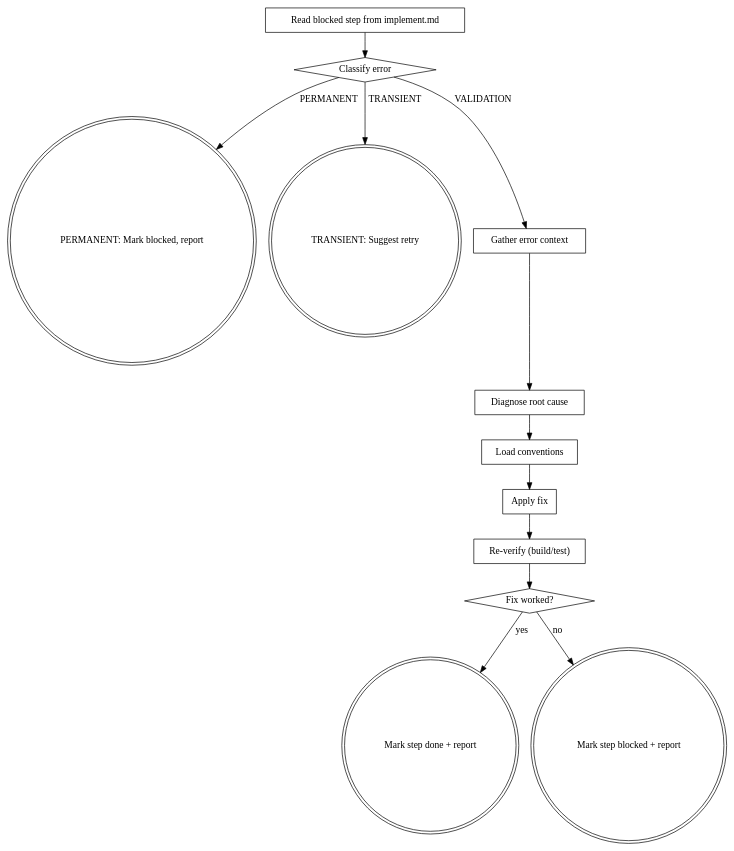
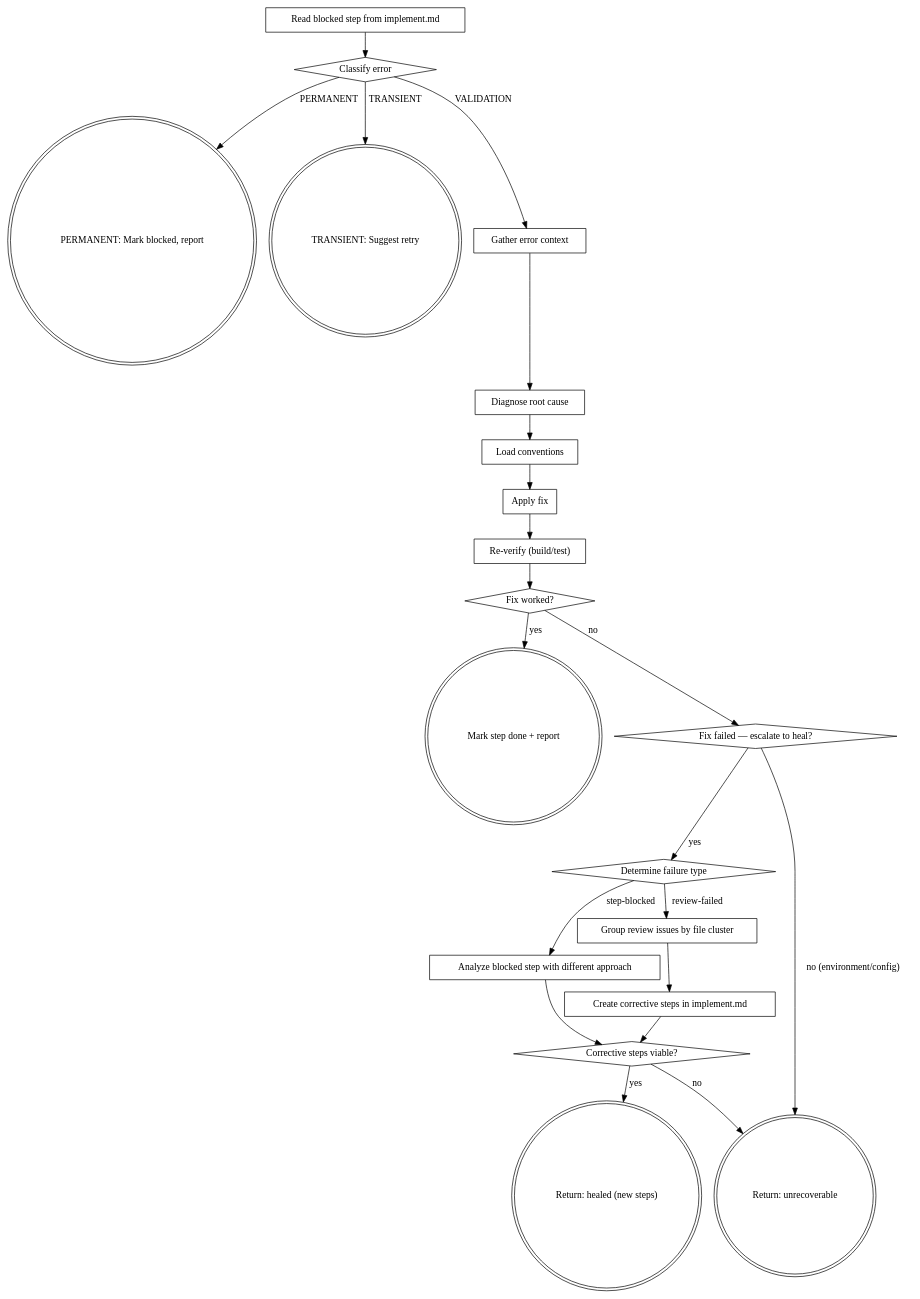
The diagram in plugins/dx-core/skills/dx-step-fix/SKILL.md (easingthemes/dx-aem-flow), drawn with Graphviz before and after one commit. The commit also changed other lines of this file and 1 other file, not shown here.

Commit message:
refactor: merge step-heal into dx-step-fix as escalation path

````diff
--- a/plugins/dx-core/skills/dx-step-fix/SKILL.md
+++ b/plugins/dx-core/skills/dx-step-fix/SKILL.md
@@ -14,28 +15,44 @@
 ```dot
 digraph step_fix {
     "Read blocked step from implement.md" [shape=box];
     "Classify error" [shape=diamond];
     "PERMANENT: Mark blocked, report" [shape=doublecircle];
     "TRANSIENT: Suggest retry" [shape=doublecircle];
     "Gather error context" [shape=box];
     "Diagnose root cause" [shape=box];
     "Load conventions" [shape=box];
     "Apply fix" [shape=box];
     "Re-verify (build/test)" [shape=box];
     "Fix worked?" [shape=diamond];
     "Mark step done + report" [shape=doublecircle];
-    "Mark step blocked + report" [shape=doublecircle];
+    "Fix failed — escalate to heal?" [shape=diamond];
+    "Determine failure type" [shape=diamond];
+    "Analyze blocked step with different approach" [shape=box];
+    "Group review issues by file cluster" [shape=box];
+    "Create corrective steps in implement.md" [shape=box];
+    "Corrective steps viable?" [shape=diamond];
+    "Return: healed (new steps)" [shape=doublecircle];
+    "Return: unrecoverable" [shape=doublecircle];
 
     "Read blocked step from implement.md" -> "Classify error";
     "Classify error" -> "PERMANENT: Mark blocked, report" [label="PERMANENT"];
     "Classify error" -> "TRANSIENT: Suggest retry" [label="TRANSIENT"];
     "Classify error" -> "Gather error context" [label="VALIDATION"];
     "Gather error context" -> "Diagnose root cause";
     "Diagnose root cause" -> "Load conventions";
     "Load conventions" -> "Apply fix";
     "Apply fix" -> "Re-verify (build/test)";
     "Re-verify (build/test)" -> "Fix worked?";
     "Fix worked?" -> "Mark step done + report" [label="yes"];
-    "Fix worked?" -> "Mark step blocked + report" [label="no"];
+    "Fix worked?" -> "Fix failed — escalate to heal?" [label="no"];
+    "Fix failed — escalate to heal?" -> "Return: unrecoverable" [label="no (environment/config)"];
+    "Fix failed — escalate to heal?" -> "Determine failure type" [label="yes"];
+    "Determine failure type" -> "Analyze blocked step with different approach" [label="step-blocked"];
+    "Determine failure type" -> "Group review issues by file cluster" [label="review-failed"];
+    "Analyze blocked step with different approach" -> "Corrective steps viable?";
+    "Group review issues by file cluster" -> "Create corrective steps in implement.md";
+    "Create corrective steps in implement.md" -> "Corrective steps viable?";
+    "Corrective steps viable?" -> "Return: healed (new steps)" [label="yes"];
+    "Corrective steps viable?" -> "Return: unrecoverable" [label="no"];
 }
 ```
````
